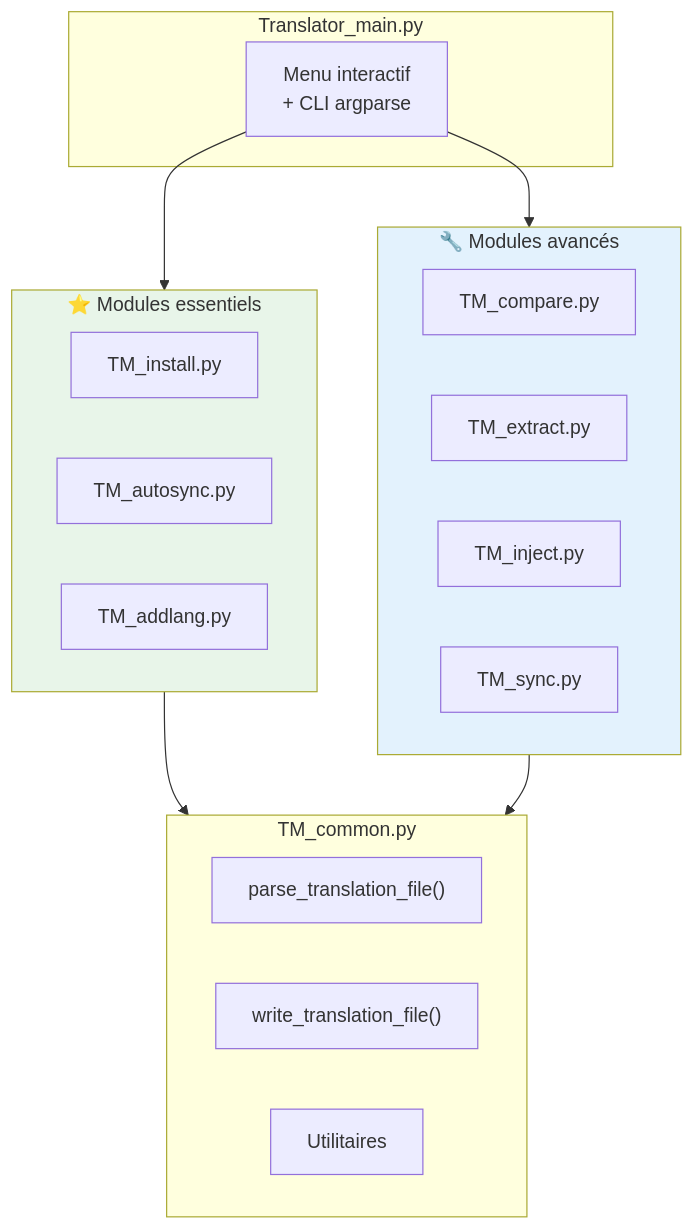
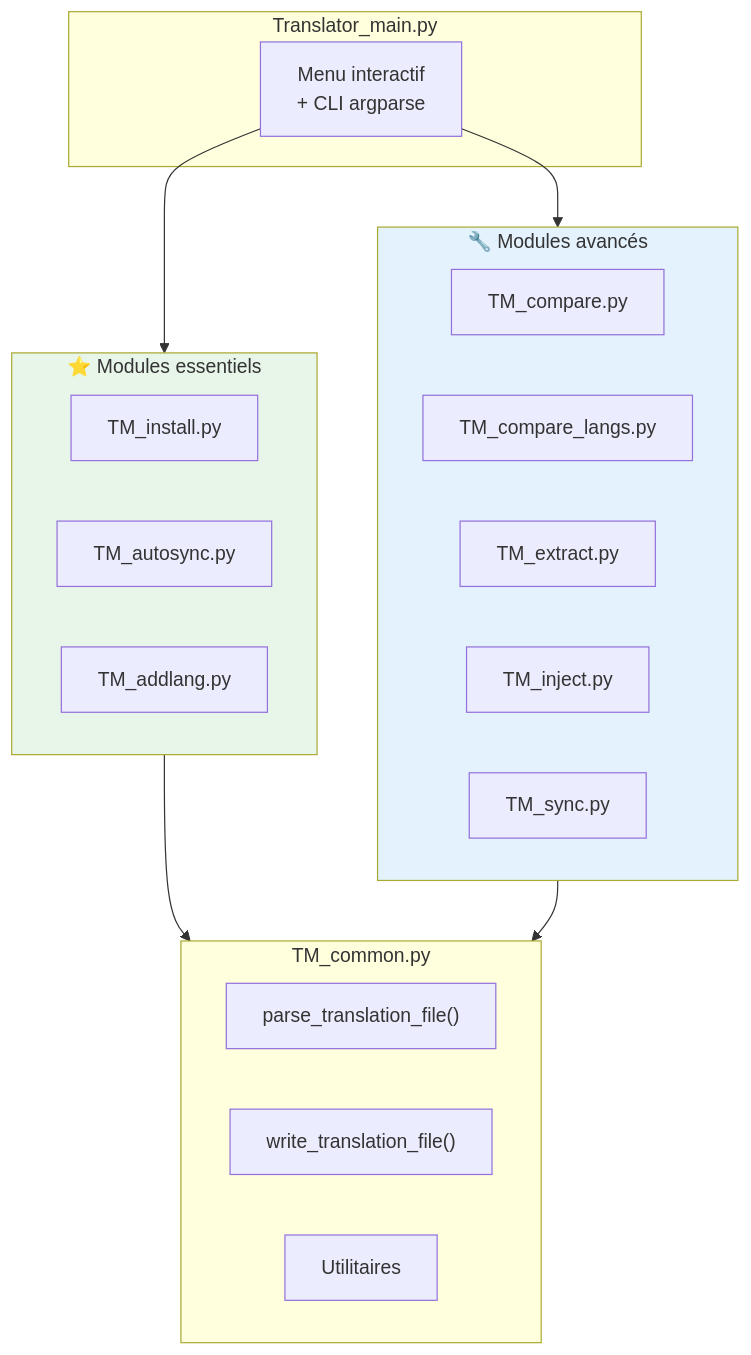
One commit to Gotcha26/Adobe_Lightroom_Translation_Plugins_Kit changed the third of 10 diagrams in 3_Translator/__doc/fr/Lisez-moi.md. Above: the diagram before and after it, drawn with Mermaid. The commit also changed other lines of this file and 5 other files, not shown here.

````diff
--- a/3_Translator/__doc/fr/Lisez-moi.md
+++ b/3_Translator/__doc/fr/Lisez-moi.md
@@ -123,32 +125,33 @@
 ```mermaid
 flowchart TB
     subgraph Main["Translator_main.py"]
         M["Menu interactif<br/>+ CLI argparse"]
     end
 
     subgraph Essential["⭐ Modules essentiels"]
         I["TM_install.py"]
         AS["TM_autosync.py"]
         AL["TM_addlang.py"]
     end
 
     subgraph Advanced["🔧 Modules avancés"]
         CO["TM_compare.py"]
+        CL["TM_compare_langs.py"]
         EX["TM_extract.py"]
         IN["TM_inject.py"]
         SY["TM_sync.py"]
     end
 
     subgraph Common["TM_common.py"]
         P["parse_translation_file()"]
         W["write_translation_file()"]
         U["Utilitaires"]
     end
 
     M --> Essential & Advanced
     Essential --> Common
     Advanced --> Common
 
     style Essential fill:#E8F5E9
     style Advanced fill:#E3F2FD
 ```
````
